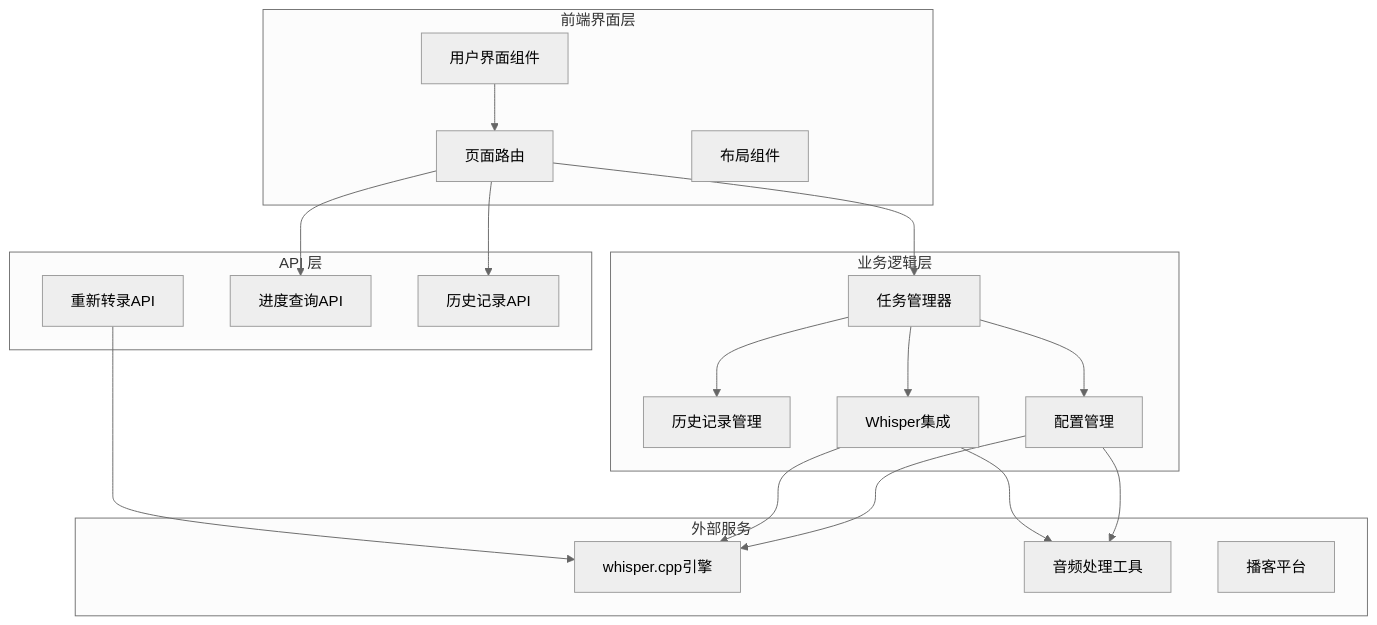
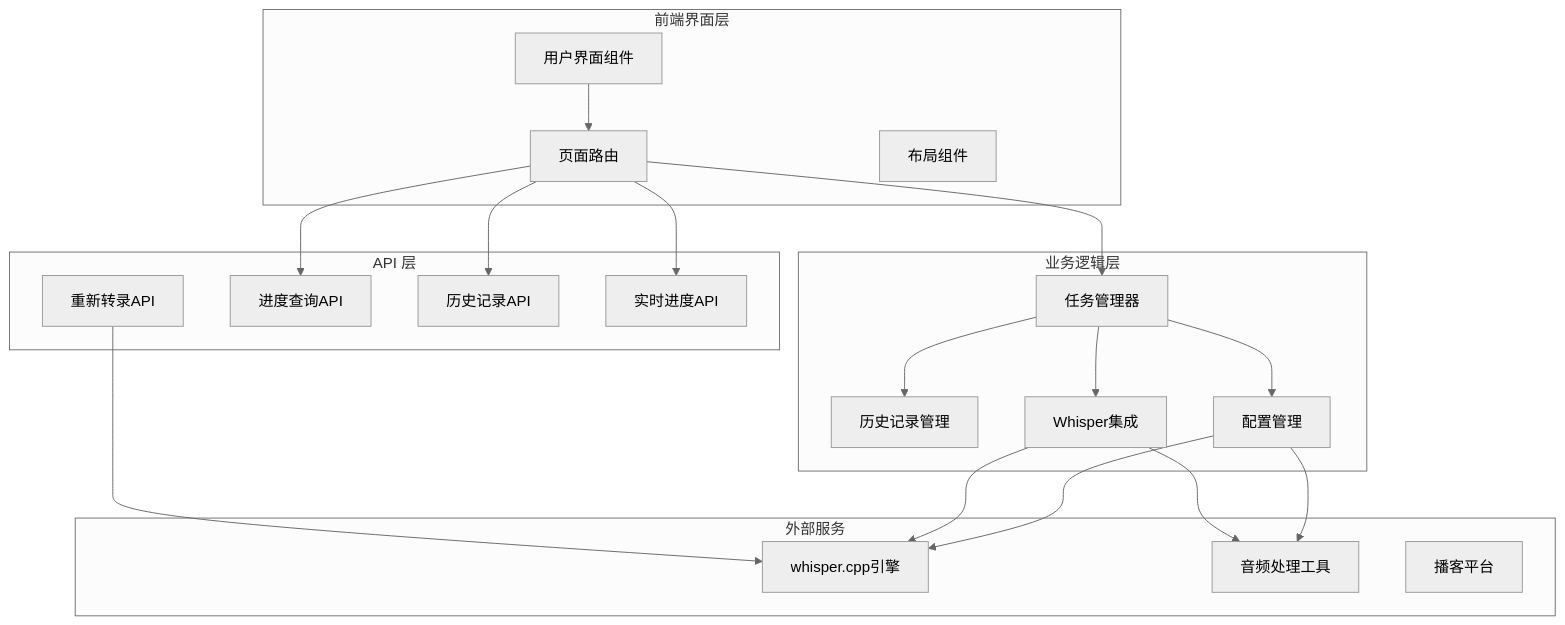
The first of 10 diagrams in .qoder/repowiki/zh/content/核心功能模块/转录任务管理系统.md (clawbotai/memo-flow), drawn with Mermaid (neutral theme) before and after one commit. The commit also changed other lines of this file and 5 other files, not shown here.

````diff
--- a/.qoder/repowiki/zh/content/核心功能模块/转录任务管理系统.md
+++ b/.qoder/repowiki/zh/content/核心功能模块/转录任务管理系统.md
@@ -48,36 +56,38 @@
 ```mermaid
 graph TB
 subgraph "前端界面层"
 UI[用户界面组件]
 Pages[页面路由]
 Layout[布局组件]
 end
 subgraph "业务逻辑层"
 TaskMgr[任务管理器]
 History[历史记录管理]
 Whisper[Whisper集成]
 Config[配置管理]
 end
 subgraph "API 层"
 Retranscribe[重新转录API]
 Progress[进度查询API]
 HistoryAPI[历史记录API]
+LiveProgress[实时进度API]
 end
 subgraph "外部服务"
 WhisperCPP[whisper.cpp引擎]
 FFmpeg[音频处理工具]
 Podcast[播客平台]
 end
 UI --> Pages
 Pages --> TaskMgr
 TaskMgr --> Whisper
 TaskMgr --> History
 TaskMgr --> Config
 Pages --> HistoryAPI
 Pages --> Progress
+Pages --> LiveProgress
 Retranscribe --> WhisperCPP
 Whisper --> WhisperCPP
 Whisper --> FFmpeg
 Config --> WhisperCPP
 Config --> FFmpeg
 ```
````
